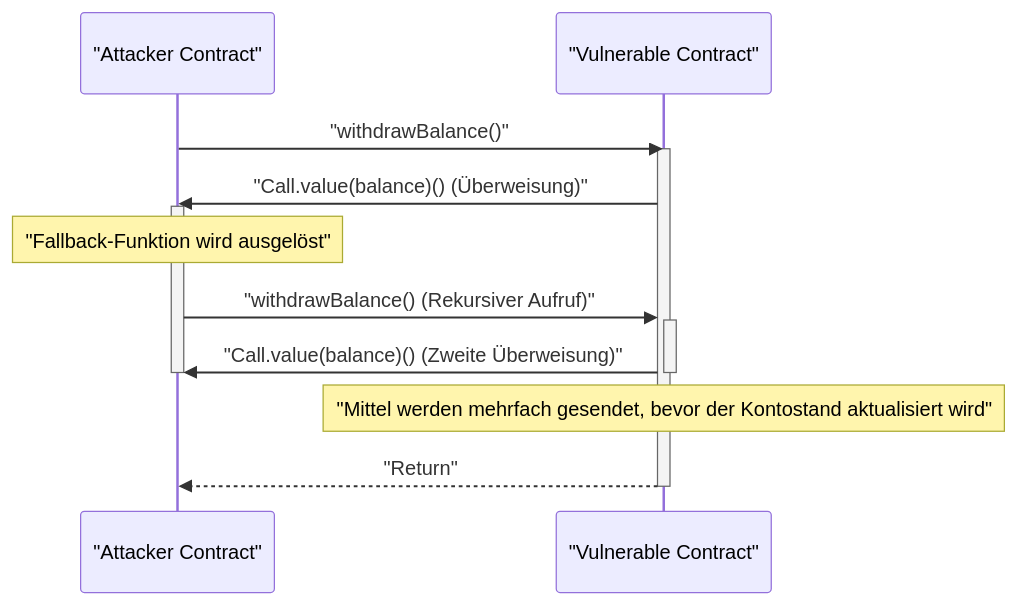
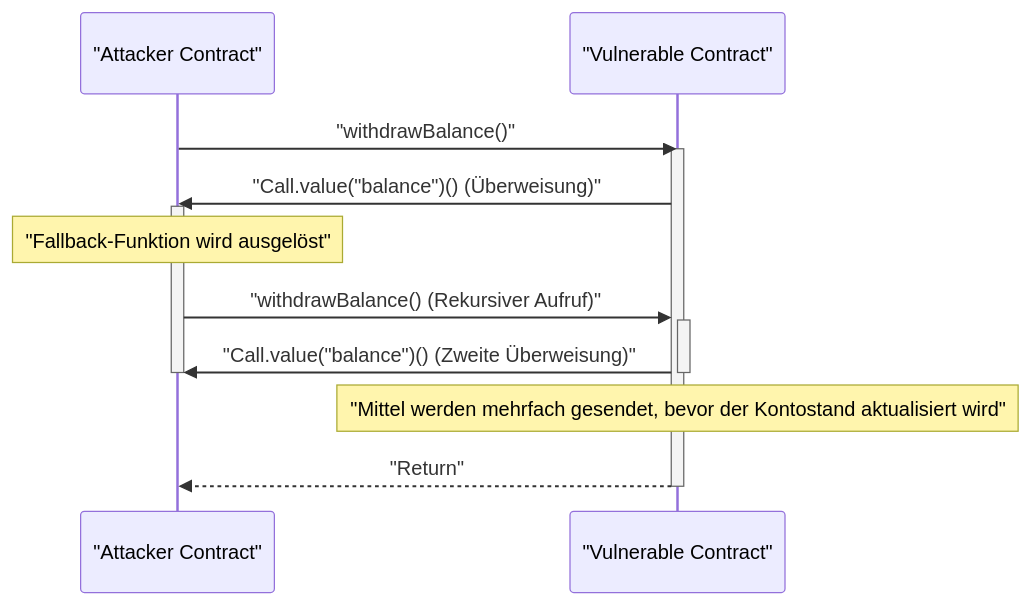
The second of 2 diagrams in content/post/blockchain-technology-smart-contract-distributed-ledger/index.de.md (kenjinote/blog), drawn with Mermaid before and after one commit. The commit also changed 929 other files, not shown here.

Commit message:
fix: Add double quotes to all Mermaid node texts to resolve syntax errors

````diff
--- a/content/post/blockchain-technology-smart-contract-distributed-ledger/index.de.md
+++ b/content/post/blockchain-technology-smart-contract-distributed-ledger/index.de.md
@@ -185,19 +185,19 @@
 ```mermaid
 sequenceDiagram
     participant A as "Attacker Contract"
     participant V as "Vulnerable Contract"
 
     A->>V: "withdrawBalance()"
     activate V
-    V->>A: "Call.value(balance)() (Überweisung)"
+    V->>A: "Call.value("balance")() (Überweisung)"
     activate A
     Note over A: "Fallback-Funktion wird ausgelöst"
     A->>V: "withdrawBalance() (Rekursiver Aufruf)"
     activate V
-    V->>A: "Call.value(balance)() (Zweite Überweisung)"
+    V->>A: "Call.value("balance")() (Zweite Überweisung)"
     deactivate V
     deactivate A
     Note over V: "Mittel werden mehrfach gesendet, bevor der Kontostand aktualisiert wird"
     V-->>A: "Return"
     deactivate V
 ```
````
